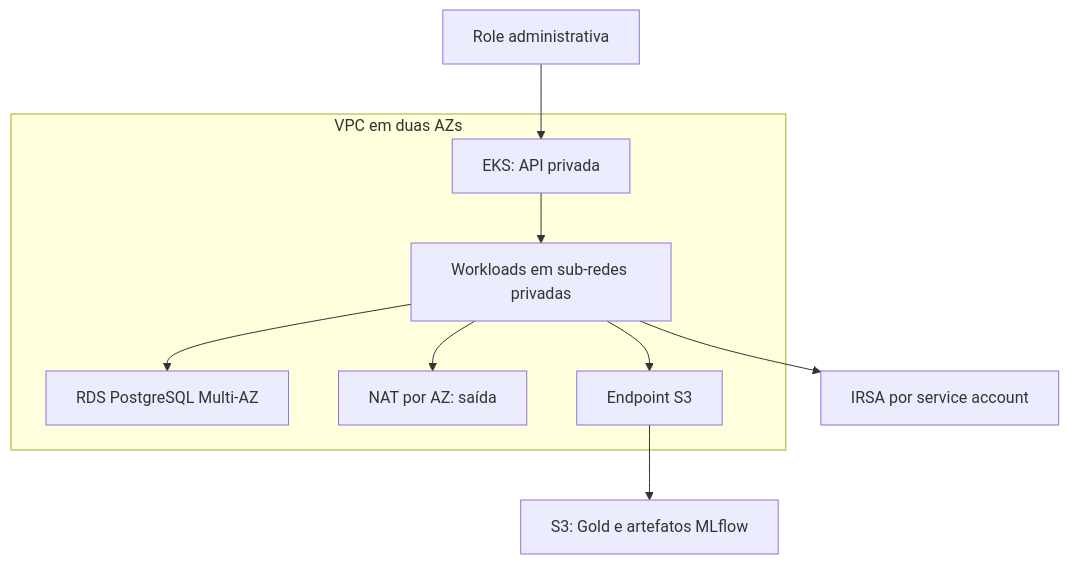
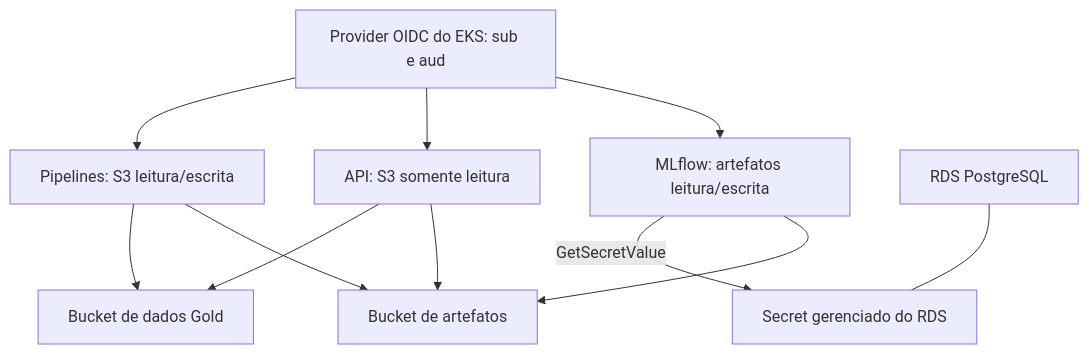
One commit to wanderson42/renewable-energy-mlops changed the second of 2 diagrams in docs/AWS_BLUEPRINT.md. Above: the diagram before and after it, drawn with Mermaid. The commit also changed other lines of this file and 9 other files, not shown here.

Commit message:
docs: consolidate v1.0 architecture and reproducibility milestone

````diff
--- a/docs/AWS_BLUEPRINT.md
+++ b/docs/AWS_BLUEPRINT.md
@@ -36,12 +120,13 @@
 ```mermaid
 flowchart TB
-    ADMIN["Role administrativa"] --> EKS["EKS: API privada"]
-    subgraph VPC["VPC em duas AZs"]
-      EKS --> PODS["Workloads em sub-redes privadas"]
-      PODS --> RDS["RDS PostgreSQL Multi-AZ"]
-      PODS --> NAT["NAT por AZ: saída"]
-      PODS --> EP["Endpoint S3"]
-    end
-    EP --> S3["S3: Gold e artefatos MLflow"]
-    PODS --> IAM["IRSA por service account"]
+    OIDC["Provider OIDC do EKS: sub e aud"] --> ML["MLflow: artefatos leitura/escrita"]
+    OIDC --> API["API: S3 somente leitura"]
+    OIDC --> PIPE["Pipelines: S3 leitura/escrita"]
+    ML --> ART["Bucket de artefatos"]
+    ML -->|GetSecretValue| SEC["Secret gerenciado do RDS"]
+    API --> ART
+    API --> GOLD["Bucket de dados Gold"]
+    PIPE --> ART
+    PIPE --> GOLD
+    RDS["RDS PostgreSQL"] --- SEC
 ```
````
